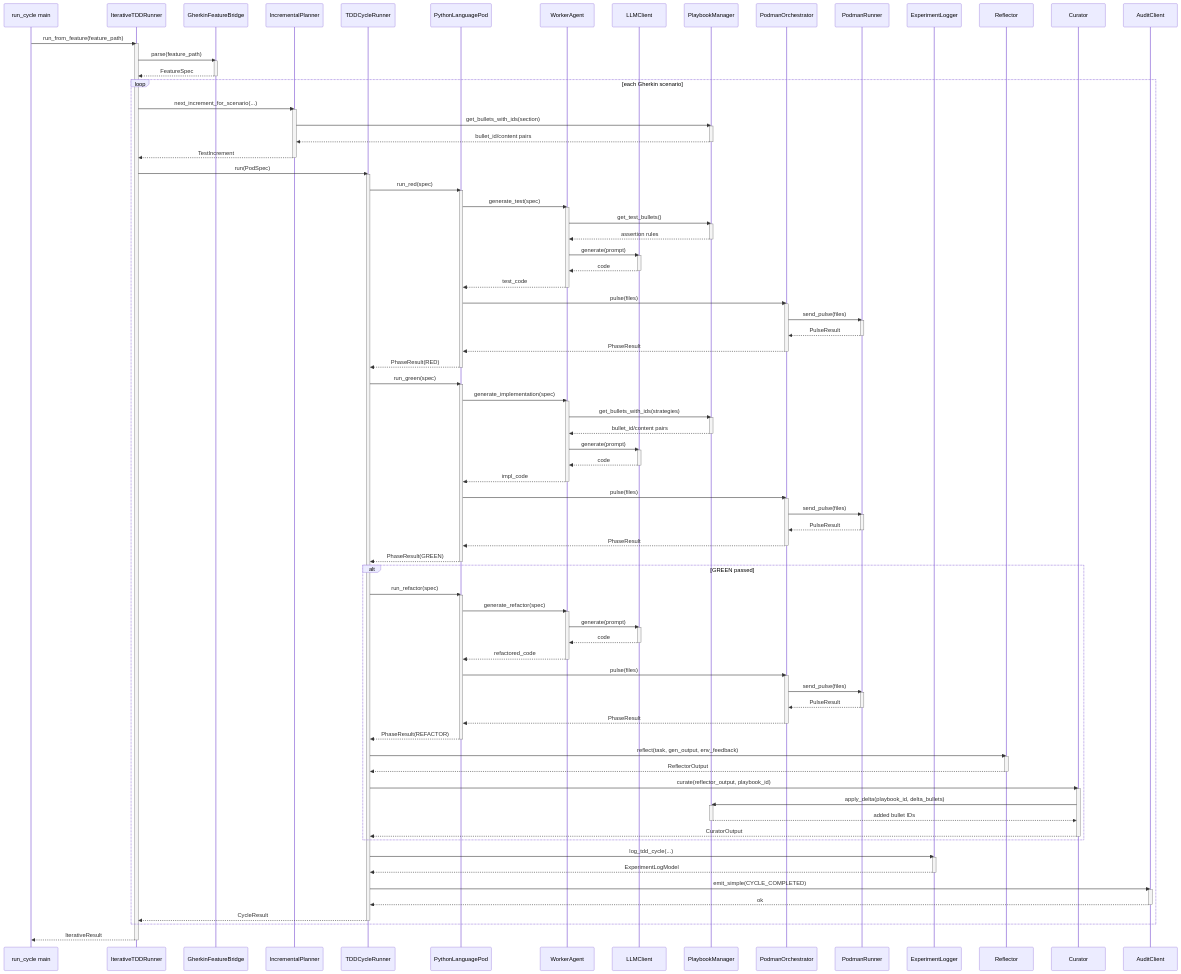
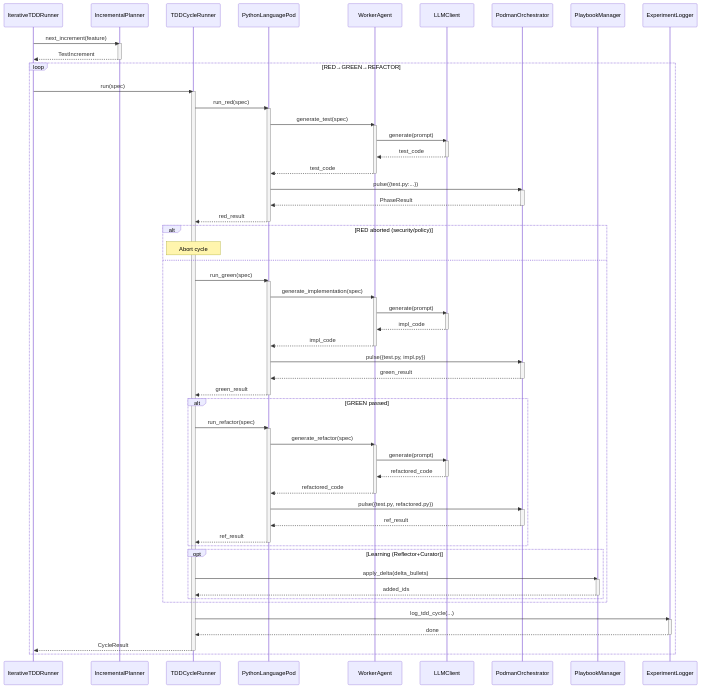
The diagram in docs/SYSTEM_ARCHITECTURE.md (carlhuxley/ace_enterprise), drawn with Mermaid before and after one commit. The commit also changed other lines of this file and 15 other files, not shown here.

````diff
--- a/docs/SYSTEM_ARCHITECTURE.md
+++ b/docs/SYSTEM_ARCHITECTURE.md
@@ -43,141 +39,94 @@
 ```mermaid
 sequenceDiagram
-    participant Entry as run_cycle main
-    participant IterRunner as IterativeTDDRunner
-    participant Bridge as GherkinFeatureBridge
+    participant Runner as IterativeTDDRunner
     participant Planner as IncrementalPlanner
-    participant CycleRunner as TDDCycleRunner
+    participant Cycle as TDDCycleRunner
     participant Pod as PythonLanguagePod
     participant Worker as WorkerAgent
     participant LLM as LLMClient
+    participant Container as PodmanOrchestrator
     participant Playbook as PlaybookManager
-    participant Orchestrator as PodmanOrchestrator
-    participant Podman as PodmanRunner
     participant Logger as ExperimentLogger
-    participant Reflector as Reflector
-    participant Curator as Curator
-    participant Audit as AuditClient
 
-    Entry->>IterRunner: run_from_feature(feature_path)
-    activate IterRunner
-    IterRunner->>Bridge: parse(feature_path)
-    activate Bridge
-    Bridge-->>IterRunner: FeatureSpec
-    deactivate Bridge
+    Runner->>Planner: next_increment(feature)
+    activate Planner
+    Planner-->>Runner: TestIncrement
+    deactivate Planner
 
-    loop each Gherkin scenario
-        IterRunner->>Planner: next_increment_for_scenario(...)
-        activate Planner
-        Planner->>Playbook: get_bullets_with_ids(section)
-        activate Playbook
-        Playbook-->>Planner: bullet_id/content pairs
-        deactivate Playbook
-        Planner-->>IterRunner: TestIncrement
-        deactivate Planner
+    loop RED→GREEN→REFACTOR
+        Runner->>Cycle: run(spec)
+        activate Cycle
 
-        IterRunner->>CycleRunner: run(PodSpec)
-        activate CycleRunner
-
-        CycleRunner->>Pod: run_red(spec)
+        Cycle->>Pod: run_red(spec)
         activate Pod
         Pod->>Worker: generate_test(spec)
         activate Worker
-        Worker->>Playbook: get_test_bullets()
-        activate Playbook
-        Playbook-->>Worker: assertion rules
-        deactivate Playbook
         Worker->>LLM: generate(prompt)
         activate LLM
-        LLM-->>Worker: code
+        LLM-->>Worker: test_code
         deactivate LLM
         Worker-->>Pod: test_code
         deactivate Worker
-        Pod->>Orchestrator: pulse(files)
-        activate Orchestrator
-        Orchestrator->>Podman: send_pulse(files)
-        activate Podman
-        Podman-->>Orchestrator: PulseResult
-        deactivate Podman
-        Orchestrator-->>Pod: PhaseResult
-        deactivate Orchestrator
-        Pod-->>CycleRunner: PhaseResult(RED)
+        Pod->>Container: pulse({test.py:...})
+        activate Container
+        Container-->>Pod: PhaseResult
+        deactivate Container
+        Pod-->>Cycle: red_result
         deactivate Pod
 
-        CycleRunner->>Pod: run_green(spec)
-        activate Pod
-        Pod->>Worker: generate_implementation(spec)
-        activate Worker
-        Worker->>Playbook: get_bullets_with_ids(strategies)
-        activate Playbook
-        Playbook-->>Worker: bullet_id/content pairs
-        deactivate Playbook
-        Worker->>LLM: generate(prompt)
-        activate LLM
-        LLM-->>Worker: code
-        deactivate LLM
-        Worker-->>Pod: impl_code
-        deactivate Worker
-        Pod->>Orchestrator: pulse(files)
-        activate Orchestrator
-        Orchestrator->>Podman: send_pulse(files)
-        activate Podman
-        Podman-->>Orchestrator: PulseResult
-        deactivate Podman
-        Orchestrator-->>Pod: PhaseResult
-        deactivate Orchestrator
-        Pod-->>CycleRunner: PhaseResult(GREEN)
-        deactivate Pod
-
-        alt GREEN passed
-            CycleRunner->>Pod: run_refactor(spec)
+        alt RED aborted (security/policy)
+            Note over Cycle: Abort cycle
+        else
+            Cycle->>Pod: run_green(spec)
             activate Pod
-            Pod->>Worker: generate_refactor(spec)
+            Pod->>Worker: generate_implementation(spec)
             activate Worker
             Worker->>LLM: generate(prompt)
             activate LLM
-            LLM-->>Worker: code
+            LLM-->>Worker: impl_code
             deactivate LLM
-            Worker-->>Pod: refactored_code
+            Worker-->>Pod: impl_code
             deactivate Worker
-            Pod->>Orchestrator: pulse(files)
-            activate Orchestrator
-            Orchestrator->>Podman: send_pulse(files)
-            activate Podman
-            Podman-->>Orchestrator: PulseResult
-            deactivate Podman
-            Orchestrator-->>Pod: PhaseResult
-            deactivate Orchestrator
-            Pod-->>CycleRunner: PhaseResult(REFACTOR)
+            Pod->>Container: pulse({test.py, impl.py})
+            activate Container
+            Container-->>Pod: green_result
+            deactivate Container
+            Pod-->>Cycle: green_result
             deactivate Pod
 
-            CycleRunner->>Reflector: reflect(task, gen_output, env_feedback)
-            activate Reflector
-            Reflector-->>CycleRunner: ReflectorOutput
-            deactivate Reflector
-            CycleRunner->>Curator: curate(reflector_output, playbook_id)
-            activate Curator
-            Curator->>Playbook: apply_delta(playbook_id, delta_bullets)
-            activate Playbook
-            Playbook-->>Curator: added bullet IDs
-            deactivate Playbook
-            Curator-->>CycleRunner: CuratorOutput
-            deactivate Curator
+            alt GREEN passed
+                Cycle->>Pod: run_refactor(spec)
+                activate Pod
+                Pod->>Worker: generate_refactor(spec)
+                activate Worker
+                Worker->>LLM: generate(prompt)
+                activate LLM
+                LLM-->>Worker: refactored_code
+                deactivate LLM
+                Worker-->>Pod: refactored_code
+                deactivate Worker
+                Pod->>Container: pulse({test.py, refactored.py})
+                activate Container
+                Container-->>Pod: ref_result
+                deactivate Container
+                Pod-->>Cycle: ref_result
+                deactivate Pod
+            end
+
+            opt Learning (Reflector+Curator)
+                Cycle->>Playbook: apply_delta(delta_bullets)
+                activate Playbook
+                Playbook-->>Cycle: added_ids
+                deactivate Playbook
+            end
         end
 
-        CycleRunner->>Logger: log_tdd_cycle(...)
+        Cycle->>Logger: log_tdd_cycle(...)
         activate Logger
-        Logger-->>CycleRunner: ExperimentLogModel
+        Logger-->>Cycle: done
         deactivate Logger
 
-        CycleRunner->>Audit: emit_simple(CYCLE_COMPLETED)
-        activate Audit
-        Audit-->>CycleRunner: ok
-        deactivate Audit
-
-        CycleRunner-->>IterRunner: CycleResult
-        deactivate CycleRunner
+        Cycle-->>Runner: CycleResult
+        deactivate Cycle
     end
-
-    IterRunner-->>Entry: IterativeResult
-    deactivate IterRunner
 ```
````
